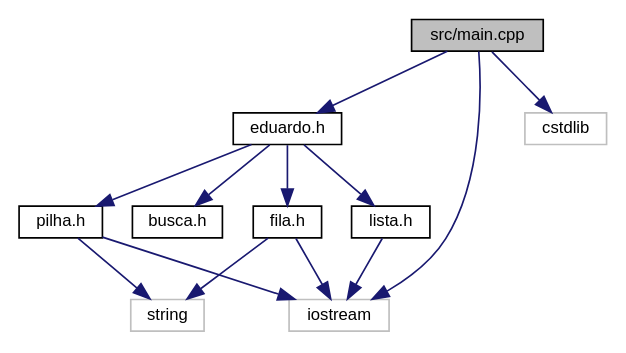
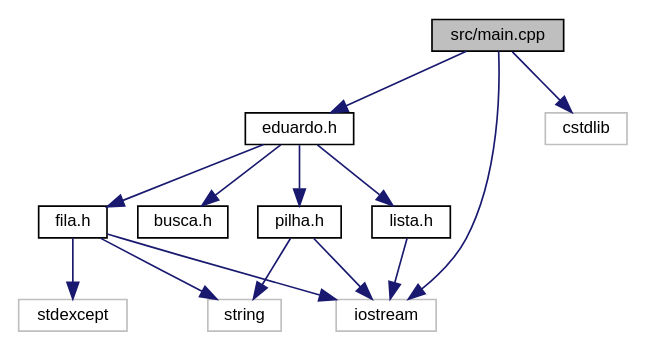
The diagram in doc/main_8cpp__incl.dot (EduardoRique/lab10), drawn with Graphviz before and after one commit. The commit also changed 39 other files, not shown here.

```diff
--- a/doc/main_8cpp__incl.dot
+++ b/doc/main_8cpp__incl.dot
@@ -1,26 +1,28 @@
 digraph "src/main.cpp"
 {
   edge [fontname="Helvetica",fontsize="10",labelfontname="Helvetica",labelfontsize="10"];
   node [fontname="Helvetica",fontsize="10",shape=record];
   Node1 [label="src/main.cpp",height=0.2,width=0.4,color="black", fillcolor="grey75", style="filled" fontcolor="black"];
   Node1 -> Node2 [color="midnightblue",fontsize="10",style="solid",fontname="Helvetica"];
   Node2 [label="iostream",height=0.2,width=0.4,color="grey75", fillcolor="white", style="filled"];
   Node1 -> Node3 [color="midnightblue",fontsize="10",style="solid",fontname="Helvetica"];
   Node3 [label="cstdlib",height=0.2,width=0.4,color="grey75", fillcolor="white", style="filled"];
   Node1 -> Node4 [color="midnightblue",fontsize="10",style="solid",fontname="Helvetica"];
   Node4 [label="eduardo.h",height=0.2,width=0.4,color="black", fillcolor="white", style="filled",URL="$eduardo_8h_source.html"];
   Node4 -> Node5 [color="midnightblue",fontsize="10",style="solid",fontname="Helvetica"];
   Node5 [label="pilha.h",height=0.2,width=0.4,color="black", fillcolor="white", style="filled",URL="$pilha_8h.html",tooltip="Cabecalho da classe Pilha. "];
   Node5 -> Node2 [color="midnightblue",fontsize="10",style="solid",fontname="Helvetica"];
   Node5 -> Node6 [color="midnightblue",fontsize="10",style="solid",fontname="Helvetica"];
   Node6 [label="string",height=0.2,width=0.4,color="grey75", fillcolor="white", style="filled"];
   Node4 -> Node7 [color="midnightblue",fontsize="10",style="solid",fontname="Helvetica"];
   Node7 [label="fila.h",height=0.2,width=0.4,color="black", fillcolor="white", style="filled",URL="$fila_8h_source.html"];
   Node7 -> Node2 [color="midnightblue",fontsize="10",style="solid",fontname="Helvetica"];
   Node7 -> Node6 [color="midnightblue",fontsize="10",style="solid",fontname="Helvetica"];
-  Node4 -> Node8 [color="midnightblue",fontsize="10",style="solid",fontname="Helvetica"];
-  Node8 [label="lista.h",height=0.2,width=0.4,color="black", fillcolor="white", style="filled",URL="$lista_8h.html",tooltip="Cabecalho da classe Lista. "];
-  Node8 -> Node2 [color="midnightblue",fontsize="10",style="solid",fontname="Helvetica"];
+  Node7 -> Node8 [color="midnightblue",fontsize="10",style="solid",fontname="Helvetica"];
+  Node8 [label="stdexcept",height=0.2,width=0.4,color="grey75", fillcolor="white", style="filled"];
   Node4 -> Node9 [color="midnightblue",fontsize="10",style="solid",fontname="Helvetica"];
-  Node9 [label="busca.h",height=0.2,width=0.4,color="black", fillcolor="white", style="filled",URL="$busca_8h.html",tooltip="arquivo com as definicoes e implementacoes das buscas "];
+  Node9 [label="lista.h",height=0.2,width=0.4,color="black", fillcolor="white", style="filled",URL="$lista_8h.html",tooltip="Cabecalho da classe Lista. "];
+  Node9 -> Node2 [color="midnightblue",fontsize="10",style="solid",fontname="Helvetica"];
+  Node4 -> Node10 [color="midnightblue",fontsize="10",style="solid",fontname="Helvetica"];
+  Node10 [label="busca.h",height=0.2,width=0.4,color="black", fillcolor="white", style="filled",URL="$busca_8h.html",tooltip="arquivo com as definicoes e implementacoes das buscas "];
 }
```
